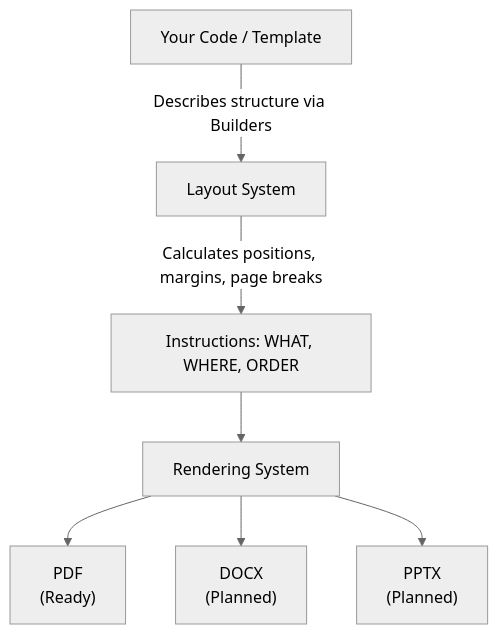
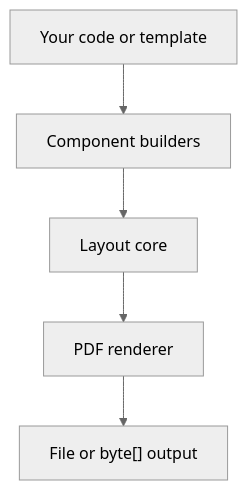
Before and after one commit to DemchaAV/GraphCompose: the diagram in README.md, drawn with Mermaid (neutral theme). The commit also changed other lines of this file and 4 other files, not shown here.

Commit message:
Refresh GraphCompose docs and add example smoke tests

````diff
--- a/README.md
+++ b/README.md
@@ -41,9 +126,7 @@
 ```mermaid
 graph TD
-    UserCode["Your Code / Template"] -->|Describes structure via Builders| LayoutSystem
-    LayoutSystem["Layout System"] -->|Calculates positions, margins, page breaks| Instructions
-    Instructions["Instructions: WHAT, WHERE, ORDER"] --> RenderingSystem
-    RenderingSystem["Rendering System"] --> PDF["PDF <br/> (Ready)"]
-    RenderingSystem --> DOCX["DOCX <br/> (Planned)"]
-    RenderingSystem --> PPTX["PPTX <br/> (Planned)"]
+    UserCode["Your code or template"] --> Builders["Component builders"]
+    Builders --> Layout["Layout core"]
+    Layout --> Render["PDF renderer"]
+    Render --> Output["File or byte[] output"]
 ```
````
